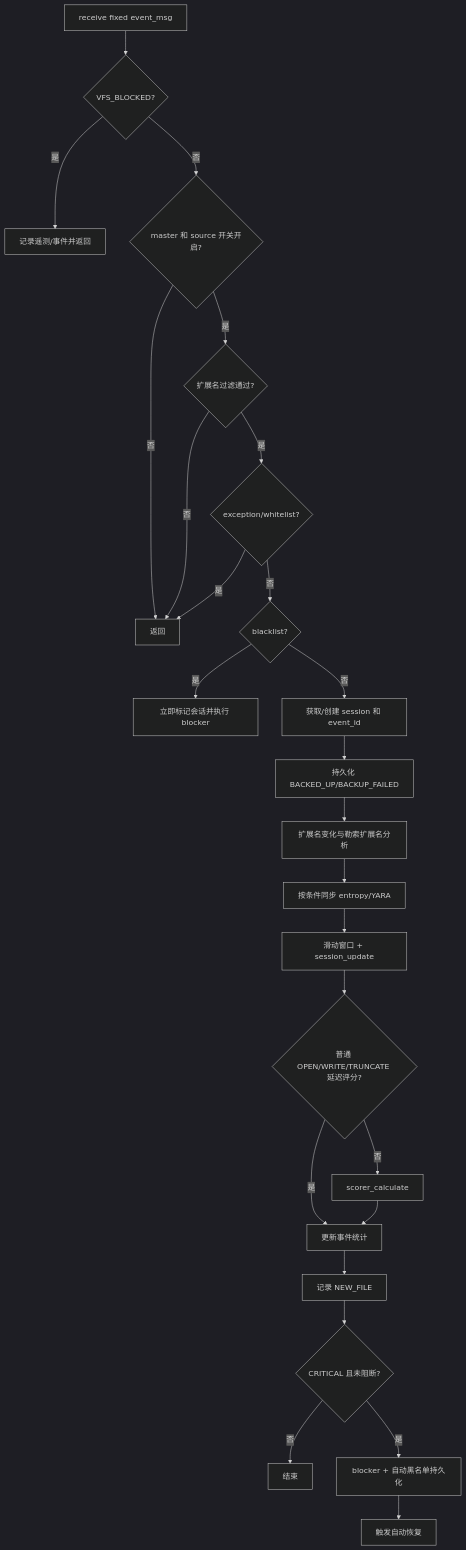
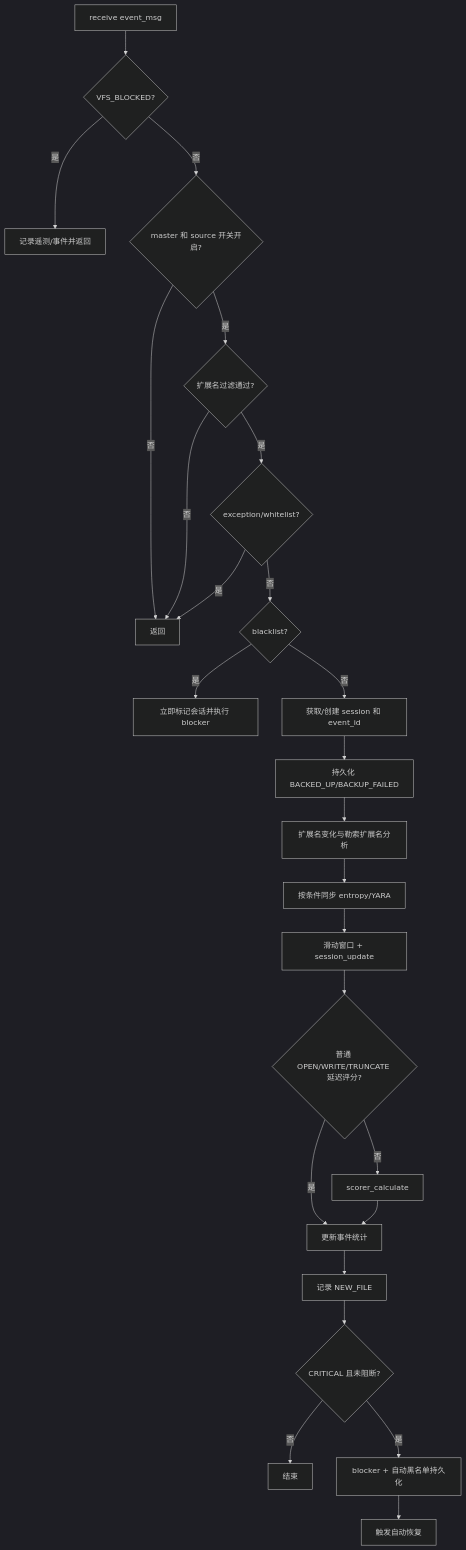
The fifth of 7 diagrams in doc/specs/architecture_v2.md (xd121614/ne_gfrguard), drawn with Mermaid (dark theme) before and after one commit. The commit also changed other lines of this file and 3 other files, not shown here.

````diff
--- a/doc/specs/architecture_v2.md
+++ b/doc/specs/architecture_v2.md
@@ -337,27 +383,27 @@
 ```mermaid
 flowchart TD
-	A[receive fixed event_msg] --> B{VFS_BLOCKED?}
+	A[receive event_msg] --> B{VFS_BLOCKED?}
 	B -->|是| BT[记录遥测/事件并返回]
 	B -->|否| C{master 和 source 开关开启?}
 	C -->|否| R[返回]
 	C -->|是| D{扩展名过滤通过?}
 	D -->|否| R
 	D -->|是| E{exception/whitelist?}
 	E -->|是| R
 	E -->|否| F{blacklist?}
 	F -->|是| FB[立即标记会话并执行 blocker]
 	F -->|否| G[获取/创建 session 和 event_id]
 	G --> H[持久化 BACKED_UP/BACKUP_FAILED]
 	H --> I[扩展名变化与勒索扩展名分析]
 	I --> J[按条件同步 entropy/YARA]
 	J --> K[滑动窗口 + session_update]
 	K --> L{普通 OPEN/WRITE/TRUNCATE 延迟评分?}
 	L -->|是| N[更新事件统计]
 	L -->|否| M[scorer_calculate]
 	M --> N
 	N --> O[记录 NEW_FILE]
 	O --> P{CRITICAL 且未阻断?}
 	P -->|否| Z[结束]
 	P -->|是| Q[blocker + 自动黑名单持久化]
 	Q --> S[触发自动恢复]
 ```
````
